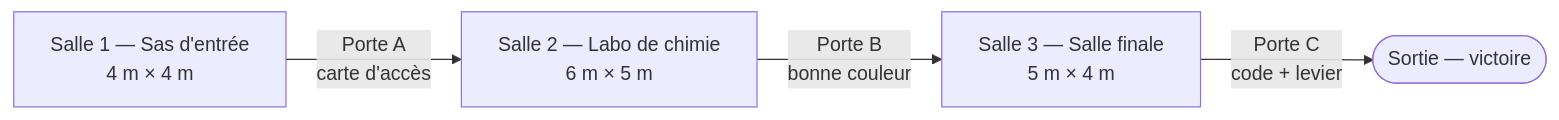
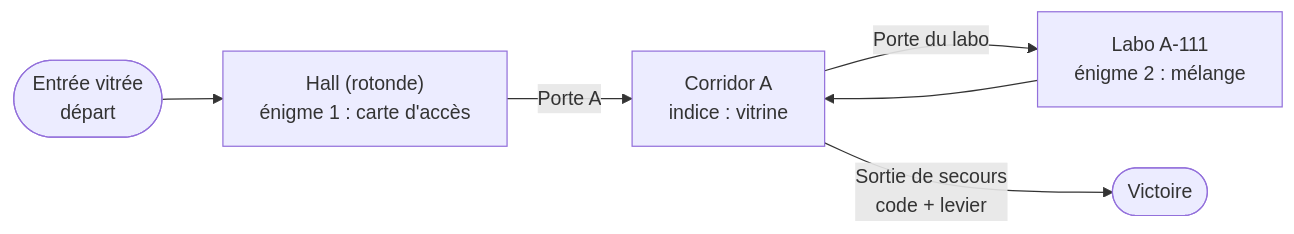
Before and after one commit to escape-lab-vr/escape-room-vr: the diagram in docs/environnement/plan-laboratoire.md, drawn with Mermaid. The commit also changed other lines of this file and 180 other files, not shown here.

````diff
--- a/docs/environnement/plan-laboratoire.md
+++ b/docs/environnement/plan-laboratoire.md
@@ -25,6 +25,8 @@
 ```mermaid
 flowchart LR
-    S1["Salle 1 — Sas d'entrée<br/>4 m × 4 m"] -->|Porte A<br/>carte d'accès| S2["Salle 2 — Labo de chimie<br/>6 m × 5 m"]
-    S2 -->|Porte B<br/>bonne couleur| S3["Salle 3 — Salle finale<br/>5 m × 4 m"]
-    S3 -->|Porte C<br/>code + levier| EXIT(["Sortie — victoire"])
+    E(["Entrée vitrée<br/>départ"]) --> H["Hall (rotonde)<br/>énigme 1 : carte d'accès"]
+    H -->|Porte A| C["Corridor A<br/>indice : vitrine"]
+    C -->|Porte du labo| L["Labo A-111<br/>énigme 2 : mélange"]
+    L --> C
+    C -->|Sortie de secours<br/>code + levier| V(["Victoire"])
 ```
````
